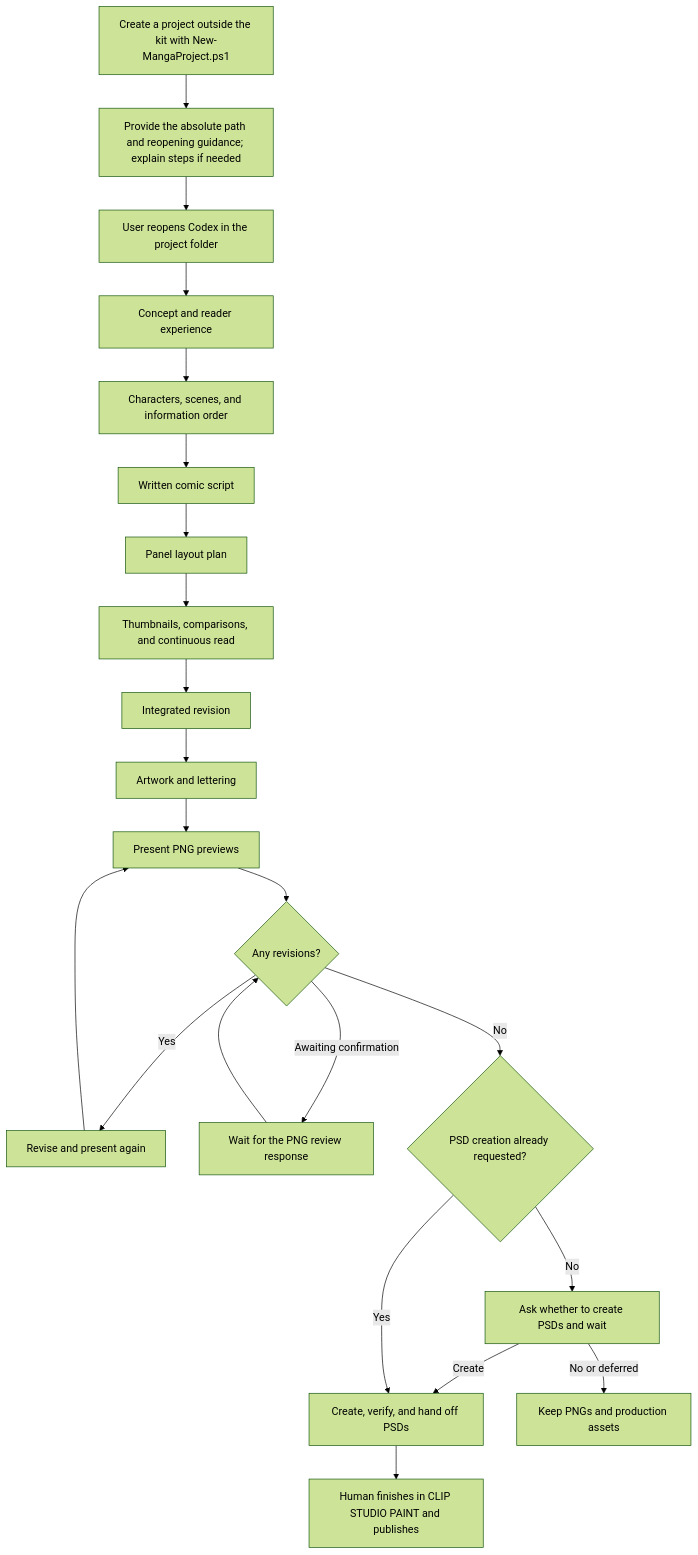
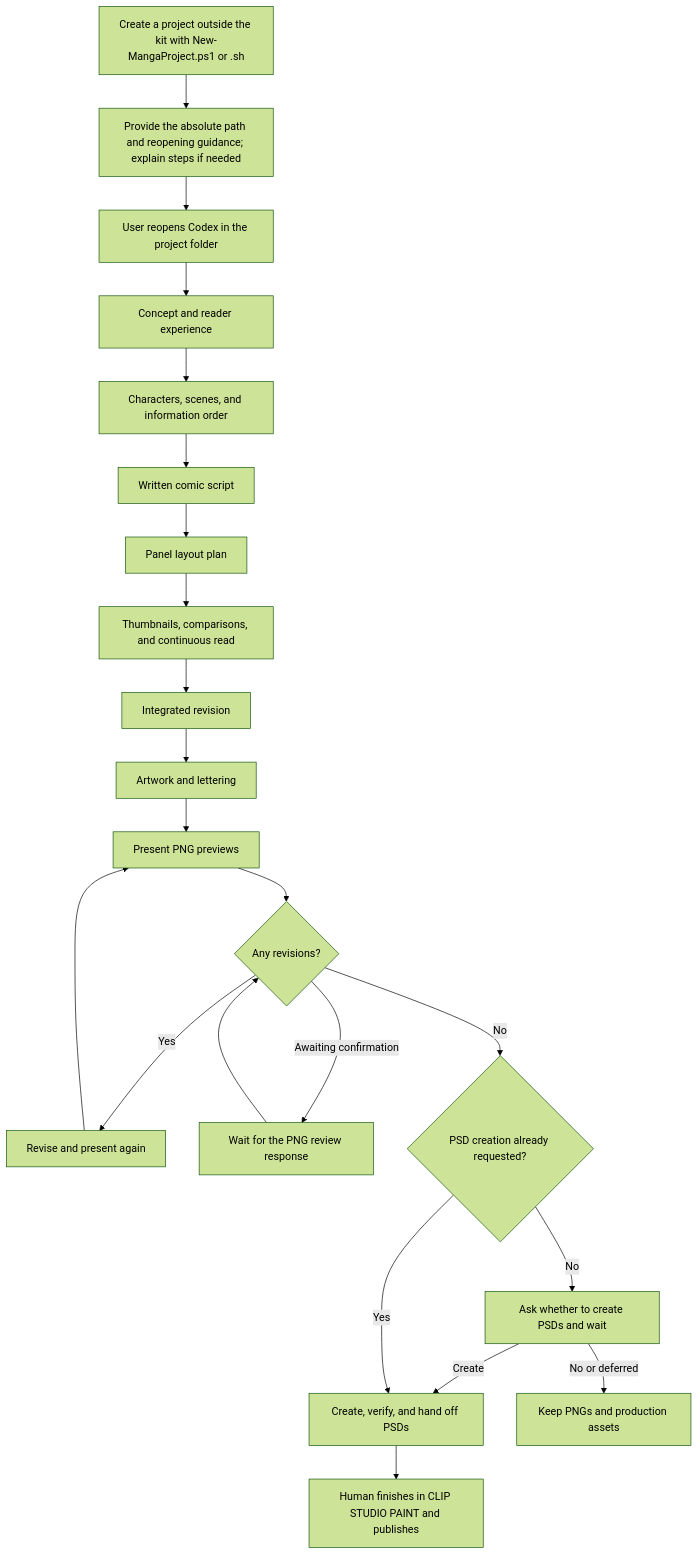
The diagram in README.md (potechitakusan/MangaAgentsStudio-A-Eng), drawn with Mermaid (forest theme) before and after one commit. The commit also changed other lines of this file and 43 other files, not shown here.

````diff
--- a/README.md
+++ b/README.md
@@ -27,24 +27,24 @@
 ```mermaid
 flowchart TD
-    P["Create a project outside the kit with New-MangaProject.ps1"] --> Q["Provide the absolute path and reopening guidance; explain steps if needed"]
+    P["Create a project outside the kit with New-MangaProject.ps1 or .sh"] --> Q["Provide the absolute path and reopening guidance; explain steps if needed"]
     Q --> R["User reopens Codex in the project folder"]
     R --> A
     A["Concept and reader experience"] --> B["Characters, scenes, and information order"]
     B --> C["Written comic script"]
     C --> C1["Panel layout plan"]
     C1 --> D["Thumbnails, comparisons, and continuous read"]
     D --> E["Integrated revision"]
     E --> F["Artwork and lettering"]
     F --> G["Present PNG previews"]
     G --> H{"Any revisions?"}
     H -->|Yes| I["Revise and present again"]
     I --> G
     H -->|Awaiting confirmation| O["Wait for the PNG review response"]
     O --> H
     H -->|No| J{"PSD creation already requested?"}
     J -->|No| K["Ask whether to create PSDs and wait"]
     K -->|Create| L["Create, verify, and hand off PSDs"]
     J -->|Yes| L
     K -->|No or deferred| M["Keep PNGs and production assets"]
     L --> N["Human finishes in CLIP STUDIO PAINT and publishes"]
 ```
````
